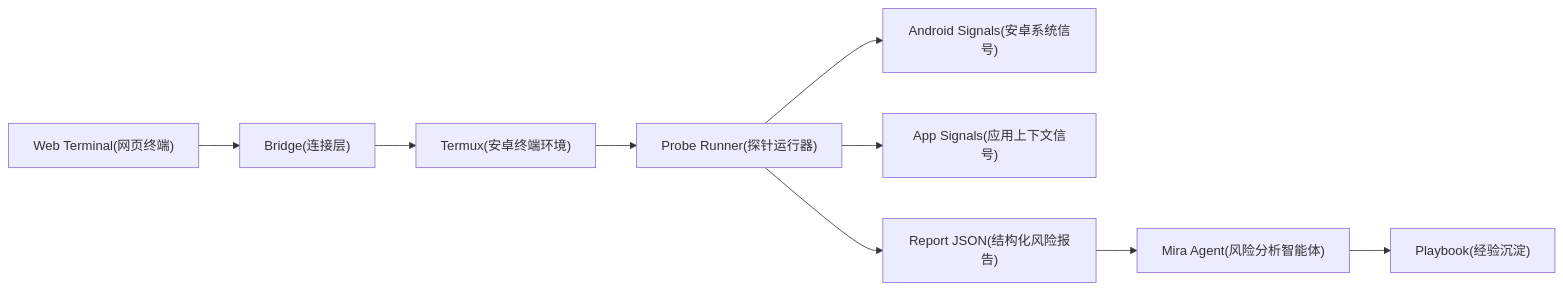
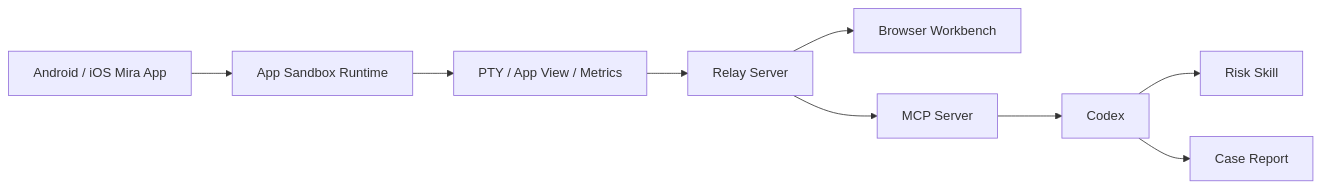
One commit to vwww-droid/Mira changed the diagram in README.md. Above: the diagram before and after it, drawn with Mermaid. The commit also changed other lines of this file and 5 other files, not shown here.

````diff
--- a/README.md
+++ b/README.md
@@ -25,11 +105,11 @@
 ```mermaid
 flowchart LR
-  A["Web Terminal(网页终端)"] --> B["Bridge(连接层)"]
-  B --> C["Termux(安卓终端环境)"]
-  C --> D["Probe Runner(探针运行器)"]
-  D --> E["Android Signals(安卓系统信号)"]
-  D --> F["App Signals(应用上下文信号)"]
-  D --> G["Report JSON(结构化风险报告)"]
-  G --> H["Mira Agent(风险分析智能体)"]
-  H --> I["Playbook(经验沉淀)"]
+  A["Android / iOS Mira App"] --> B["App Sandbox Runtime"]
+  B --> C["PTY / App View / Metrics"]
+  C --> D["Relay Server"]
+  D --> E["Browser Workbench"]
+  D --> F["MCP Server"]
+  F --> G["Codex"]
+  G --> H["Risk Skill"]
+  G --> I["Case Report"]
 ```
````
